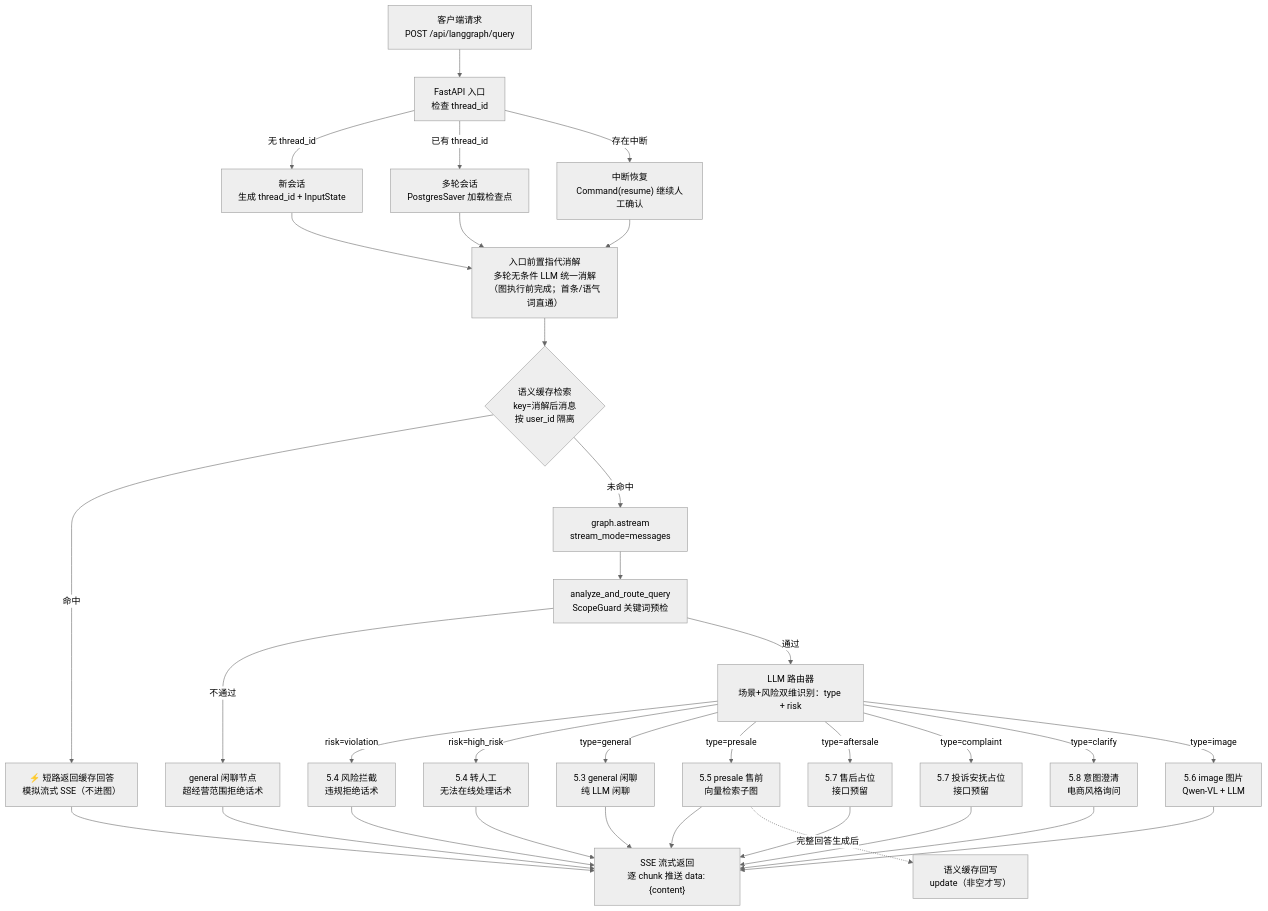
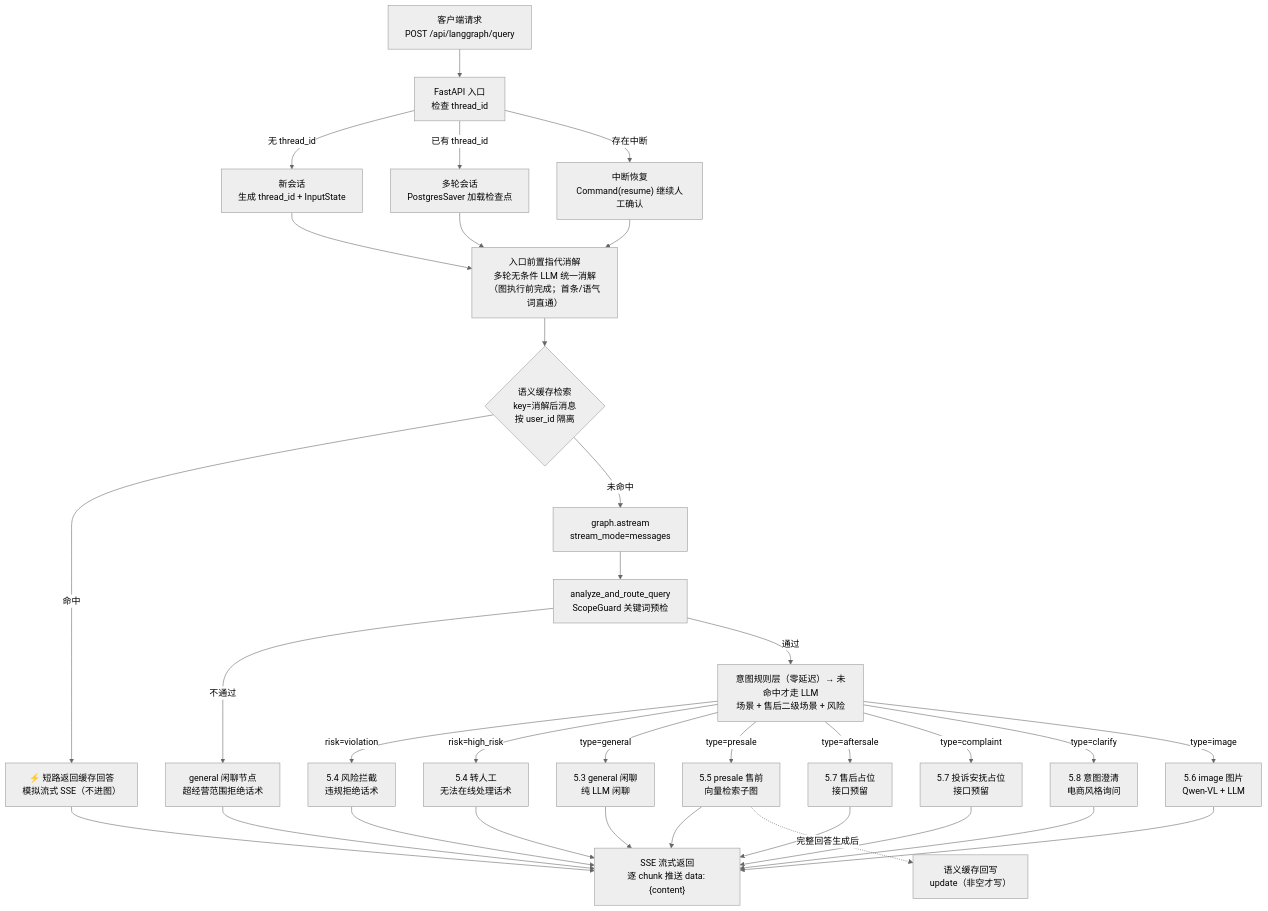
Before and after one commit to blowt16/SmartCS-Agent: diagram 27 of 36 in docs/PROJECT_ANALYSIS.md, drawn with Mermaid (neutral theme). The commit also changed other lines of this file and 9 other files, not shown here.

First line of the commit message:
[feat] 意图识别迭代：规则判定层前置 + 售后二级场景恢复

````diff
--- a/docs/PROJECT_ANALYSIS.md
+++ b/docs/PROJECT_ANALYSIS.md
@@ -805,40 +812,40 @@
 ```mermaid
 flowchart TD
     C["客户端请求<br/>POST /api/langgraph/query"]
     C --> API["FastAPI 入口<br/>检查 thread_id"]
     API -->|"无 thread_id"| NEW["新会话<br/>生成 thread_id + InputState"]
     API -->|"已有 thread_id"| CTD["多轮会话<br/>PostgresSaver 加载检查点"]
     API -->|"存在中断"| RSM["中断恢复<br/>Command(resume) 继续人工确认"]
     NEW --> RESOLVE["入口前置指代消解<br/>多轮无条件 LLM 统一消解<br/>（图执行前完成；首条/语气词直通）"]
     CTD --> RESOLVE
     RSM --> RESOLVE
 
     RESOLVE --> CACHE{"语义缓存检索<br/>key=消解后消息<br/>按 user_id 隔离"}
     CACHE -->|"命中"| HIT["⚡ 短路返回缓存回答<br/>模拟流式 SSE（不进图）"]
     CACHE -->|"未命中"| STREAM["graph.astream<br/>stream_mode=messages"]
     HIT --> SSE
 
     STREAM --> SG["analyze_and_route_query<br/>ScopeGuard 关键词预检"]
     SG -->|"不通过"| GQ["general 闲聊节点<br/>超经营范围拒绝话术"]
-    SG -->|"通过"| RT["LLM 路由器<br/>场景+风险双维识别：type + risk"]
+    SG -->|"通过"| RT["意图规则层（零延迟）→ 未命中才走 LLM<br/>场景 + 售后二级场景 + 风险"]
 
     RT -->|"risk=violation"| RISK["5.4 风险拦截<br/>违规拒绝话术"]
     RT -->|"risk=high_risk"| TRANS["5.4 转人工<br/>无法在线处理话术"]
     RT -->|"type=general"| GEN["5.3 general 闲聊<br/>纯 LLM 闲聊"]
     RT -->|"type=presale"| KG["5.5 presale 售前<br/>向量检索子图"]
     RT -->|"type=aftersale"| PLACE["5.7 售后占位<br/>接口预留"]
     RT -->|"type=complaint"| PLACE2["5.7 投诉安抚占位<br/>接口预留"]
     RT -->|"type=clarify"| CLARIFY["5.8 意图澄清<br/>电商风格询问"]
     RT -->|"type=image"| IMG["5.6 image 图片<br/>Qwen-VL + LLM"]
 
     GEN --> SSE["SSE 流式返回<br/>逐 chunk 推送 data: {content}"]
     RISK --> SSE
     TRANS --> SSE
     KG --> SSE
     PLACE --> SSE
     PLACE2 --> SSE
     CLARIFY --> SSE
     IMG --> SSE
     GQ --> SSE
     KG -.->|"完整回答生成后"| WRITEBACK["语义缓存回写<br/>update（非空才写）"]
 ```
````
